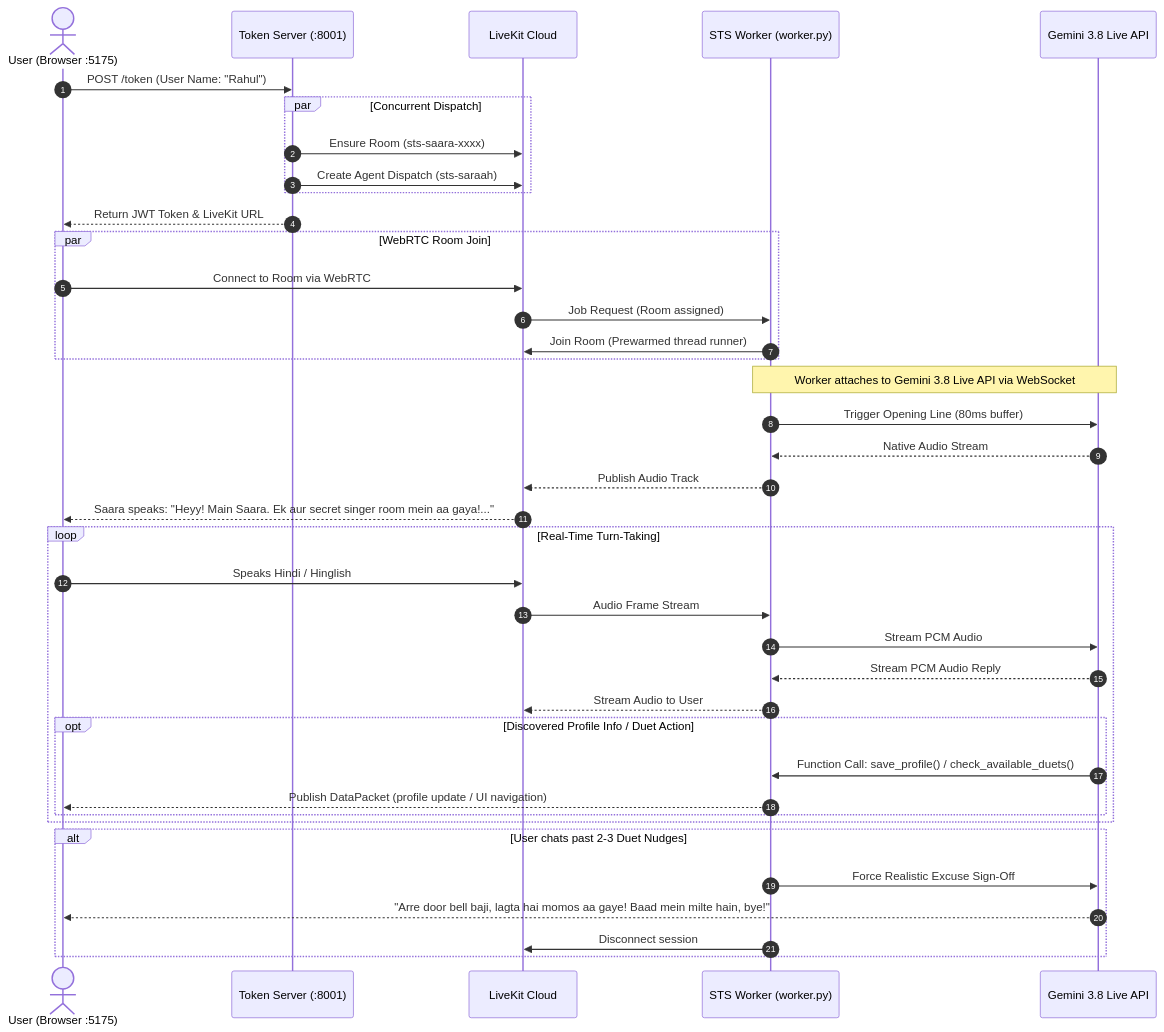
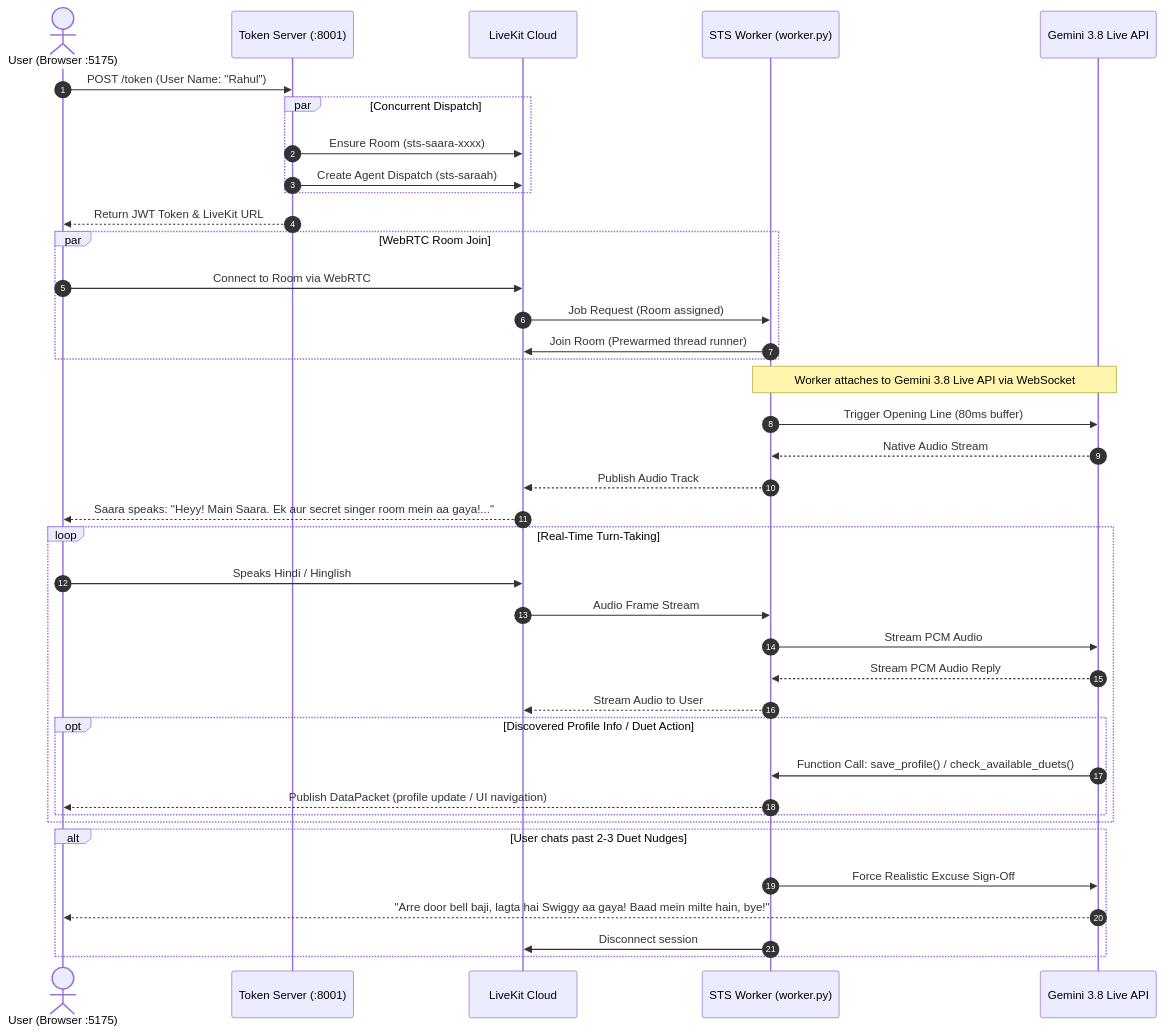
Before and after one commit to YuvrajSatwan/roxstar-voice-bot: the second of 3 diagrams in docs/WORKFLOW.md, drawn with Mermaid. The commit also changed other lines of this file and 6 other files, not shown here.

````diff
--- a/docs/WORKFLOW.md
+++ b/docs/WORKFLOW.md
@@ -59,46 +59,46 @@
 ```mermaid
 sequenceDiagram
     autonumber
     actor User as User (Browser :5175)
     participant TS as Token Server (:8001)
     participant LK as LiveKit Cloud
     participant Worker as STS Worker (worker.py)
     participant Gemini as Gemini 3.8 Live API
 
     User->>TS: POST /token (User Name: "Rahul")
     par Concurrent Dispatch
         TS->>LK: Ensure Room (sts-saara-xxxx)
         TS->>LK: Create Agent Dispatch (sts-saraah)
     end
     TS-->>User: Return JWT Token & LiveKit URL
 
     par WebRTC Room Join
         User->>LK: Connect to Room via WebRTC
         LK->>Worker: Job Request (Room assigned)
         Worker->>LK: Join Room (Prewarmed thread runner)
     end
 
     Note over Worker,Gemini: Worker attaches to Gemini 3.8 Live API via WebSocket
     Worker->>Gemini: Trigger Opening Line (80ms buffer)
     Gemini-->>Worker: Native Audio Stream
     Worker-->>LK: Publish Audio Track
     LK-->>User: Saara speaks: "Heyy! Main Saara. Ek aur secret singer room mein aa gaya!..."
 
     loop Real-Time Turn-Taking
         User->>LK: Speaks Hindi / Hinglish
         LK->>Worker: Audio Frame Stream
         Worker->>Gemini: Stream PCM Audio
         Gemini-->>Worker: Stream PCM Audio Reply
         Worker-->>LK: Stream Audio to User
         opt Discovered Profile Info / Duet Action
             Gemini->>Worker: Function Call: save_profile() / check_available_duets()
             Worker-->>User: Publish DataPacket (profile update / UI navigation)
         end
     end
 
     alt User chats past 2-3 Duet Nudges
         Worker->>Gemini: Force Realistic Excuse Sign-Off
-        Gemini-->>User: "Arre door bell baji, lagta hai momos aa gaye! Baad mein milte hain, bye!"
+        Gemini-->>User: "Arre door bell baji, lagta hai Swiggy aa gaya! Baad mein milte hain, bye!"
         Worker->>LK: Disconnect session
     end
 ```
````
